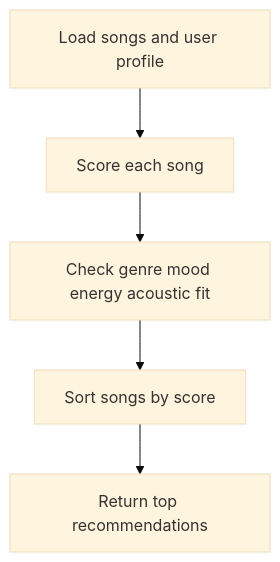
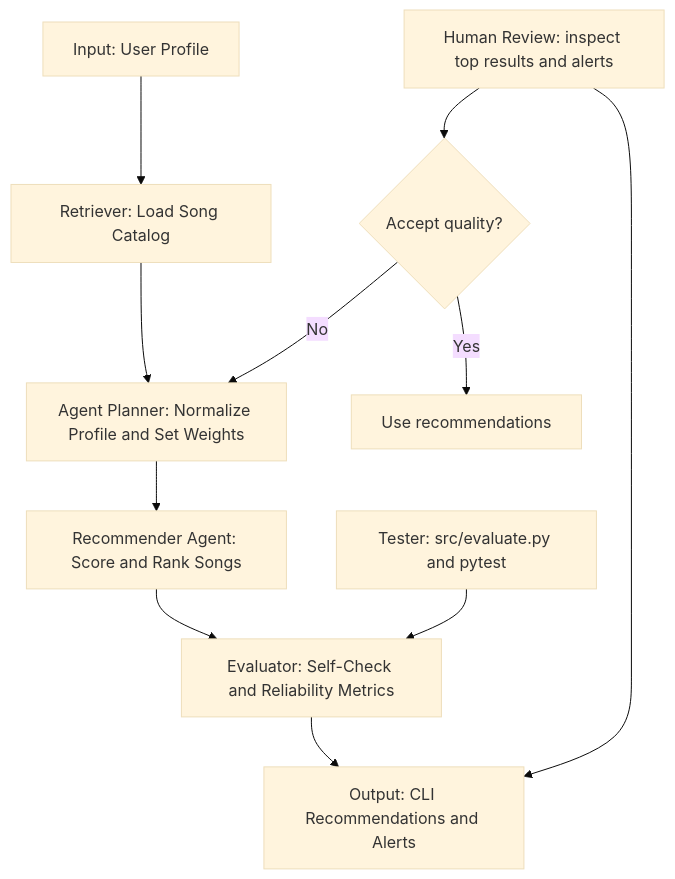
Before and after one commit to Ariunlag/applied-ai-system-project: the diagram in README.md, drawn with Mermaid (base theme). The commit also changed other lines of this file and 12 other files, not shown here.

Commit message:
added interactive Streamlit demo for end-to-end recommendation runs added planner/self-check/evaluation behavior to the recommender updated README and demo walkthrough with usage and sample outputs expanded tests and reliability harness for guardrail coverage

````diff
--- a/README.md
+++ b/README.md
@@ -19,7 +21,14 @@
 ```mermaid
 flowchart TD
-   A[Load songs and user profile] --> B[Score each song]
-   B --> C[Check genre mood energy acoustic fit]
-   C --> D[Sort songs by score]
-   D --> E[Return top recommendations]
+    A[Input: User Profile] --> B[Retriever: Load Song Catalog]
+    B --> C[Agent Planner: Normalize Profile and Set Weights]
+    C --> D[Recommender Agent: Score and Rank Songs]
+    D --> E[Evaluator: Self-Check and Reliability Metrics]
+    E --> F[Output: CLI Recommendations and Alerts]
+
+    G[Tester: src/evaluate.py and pytest] --> E
+    H[Human Review: inspect top results and alerts] --> F
+    H --> I{Accept quality?}
+    I -- No --> C
+    I -- Yes --> J[Use recommendations]
 ```
````
